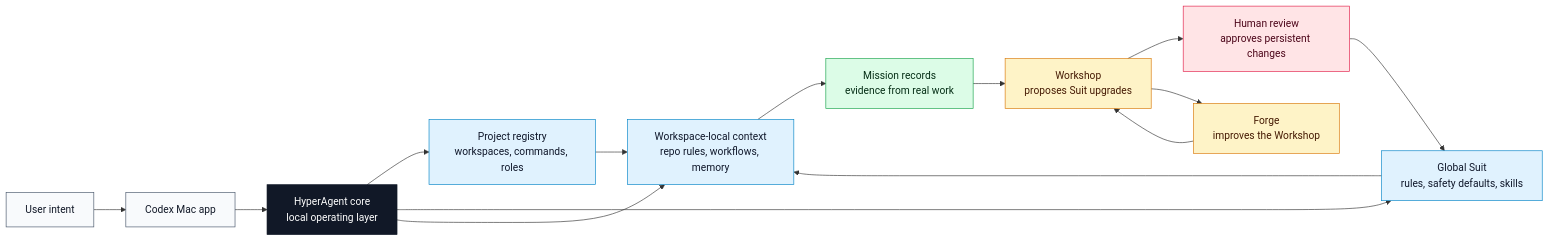
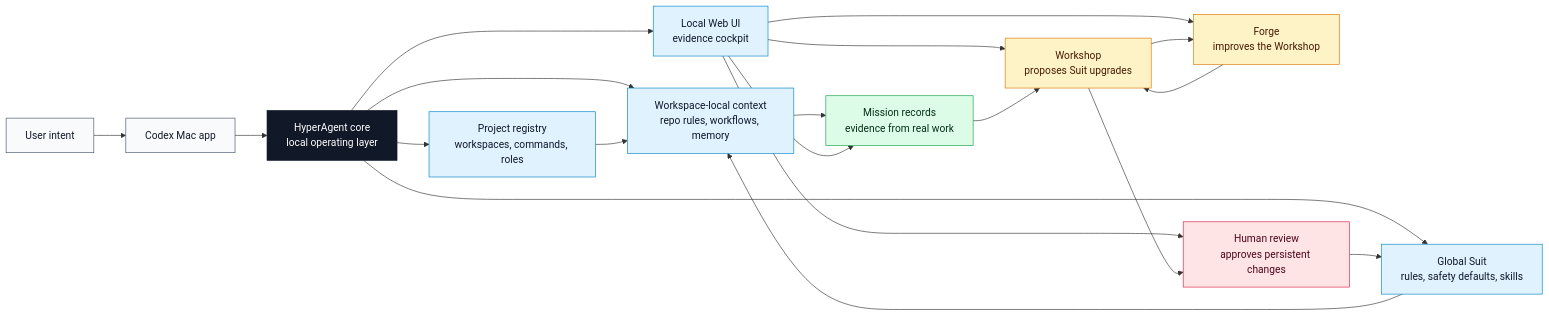
Before and after one commit to DannyMac180/HyperAgent: the diagram in docs/architecture/hyperagent.mmd, drawn with Mermaid. The commit also changed 90 other files, not shown here.

```diff
--- a/docs/architecture/hyperagent.mmd
+++ b/docs/architecture/hyperagent.mmd
@@ -1,43 +1,49 @@
 flowchart LR
   User["User intent"]
   Codex["Codex Mac app"]
   Core["HyperAgent core<br/>local operating layer"]
 
   Registry["Project registry<br/>workspaces, commands, roles"]
   Suit["Global Suit<br/>rules, safety defaults, skills"]
   Workspace["Workspace-local context<br/>repo rules, workflows, memory"]
+  UI["Local Web UI<br/>evidence cockpit"]
 
   Missions["Mission records<br/>evidence from real work"]
   Workshop["Workshop<br/>proposes Suit upgrades"]
   Forge["Forge<br/>improves the Workshop"]
   Review["Human review<br/>approves persistent changes"]
 
   User --> Codex --> Core
 
   Core --> Registry
   Core --> Suit
   Core --> Workspace
+  Core --> UI
 
   Registry --> Workspace
   Suit --> Workspace
 
   Workspace --> Missions
+  UI --> Missions
+  UI --> Workshop
+  UI --> Forge
+  UI --> Review
   Missions --> Workshop
   Workshop --> Review
   Review --> Suit
   Workshop --> Forge
   Forge --> Workshop
 
   classDef entry fill:#f8fafc,stroke:#475569,color:#111827,stroke-width:1px;
   classDef core fill:#111827,stroke:#111827,color:#ffffff,stroke-width:1px;
   classDef support fill:#e0f2fe,stroke:#0284c7,color:#0f172a,stroke-width:1px;
   classDef evidence fill:#dcfce7,stroke:#16a34a,color:#052e16,stroke-width:1px;
   classDef upgrade fill:#fef3c7,stroke:#d97706,color:#451a03,stroke-width:1px;
   classDef review fill:#ffe4e6,stroke:#e11d48,color:#4c0519,stroke-width:1px;
 
   class User,Codex entry;
   class Core core;
-  class Registry,Suit,Workspace support;
+  class Registry,Suit,Workspace,UI support;
   class Missions evidence;
   class Workshop,Forge upgrade;
   class Review review;
```
